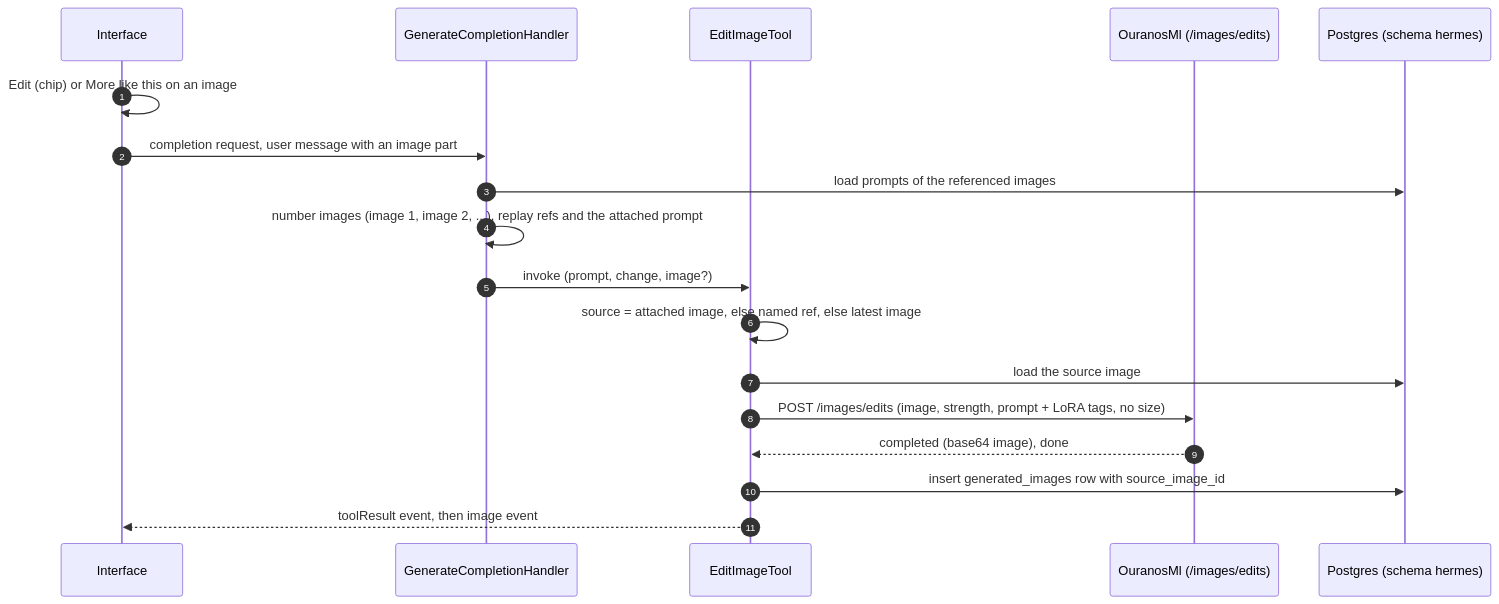
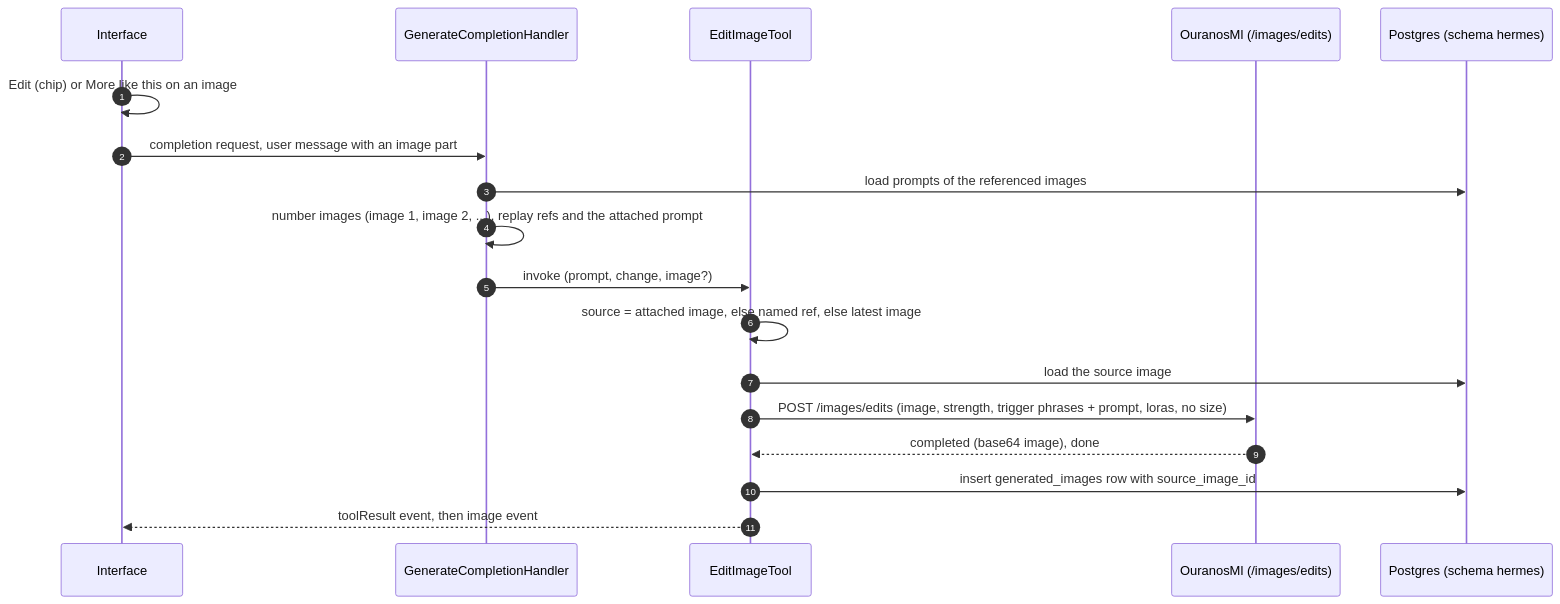
The fourth of 4 diagrams in src/modules/hermes/docs/06-runtime-view.md (davwales/ouranos-pantheon), drawn with Mermaid before and after one commit. The commit also changed other lines of this file and 88 other files, not shown here.

````diff
--- a/src/modules/hermes/docs/06-runtime-view.md
+++ b/src/modules/hermes/docs/06-runtime-view.md
@@ -120,21 +120,21 @@
 ```mermaid
 sequenceDiagram
     autonumber
     participant UI as Interface
     participant H as GenerateCompletionHandler
     participant T as EditImageTool
     participant ML as OuranosMl (/images/edits)
     participant DB as Postgres (schema hermes)
 
     UI ->> UI: Edit (chip) or More like this on an image
     UI ->> H: completion request, user message with an image part
     H ->> DB: load prompts of the referenced images
     H ->> H: number images (image 1, image 2, ...), replay refs and the attached prompt
     H ->> T: invoke (prompt, change, image?)
     T ->> T: source = attached image, else named ref, else latest image
     T ->> DB: load the source image
-    T ->> ML: POST /images/edits (image, strength, prompt + LoRA tags, no size)
+    T ->> ML: POST /images/edits (image, strength, trigger phrases + prompt, loras, no size)
     ML -->> T: completed (base64 image), done
     T ->> DB: insert generated_images row with source_image_id
     T -->> UI: toolResult event, then image event
 ```
````
